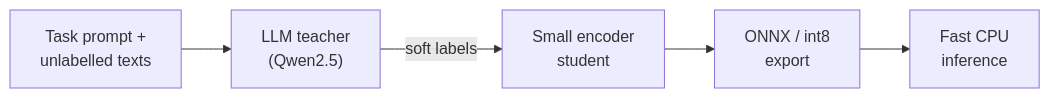
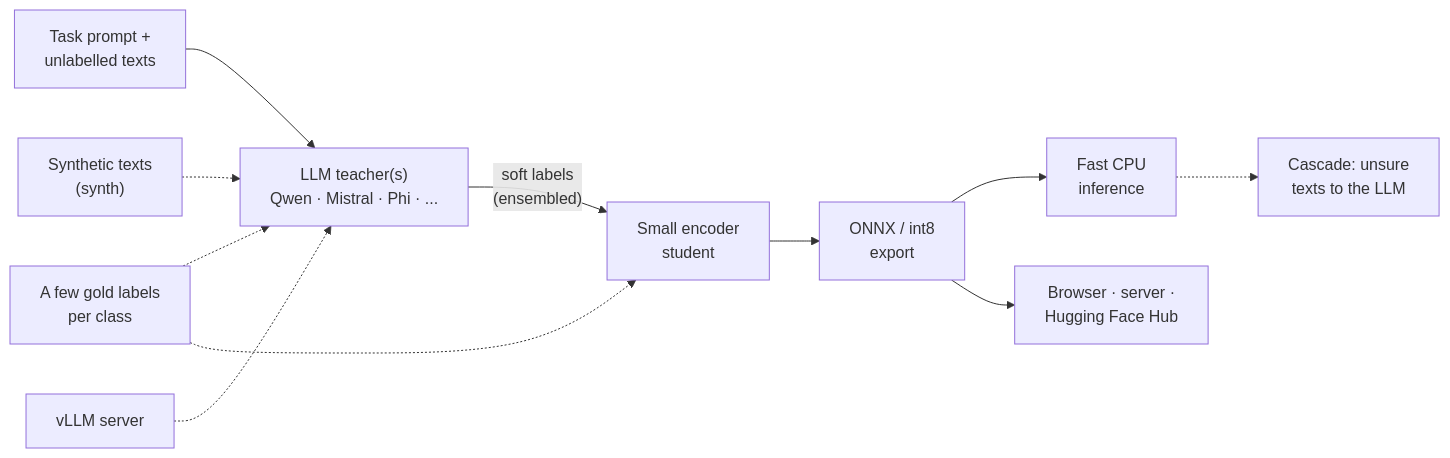
Before and after one commit to Andreas-Hum/tinydistill: the diagram in README.md, drawn with Mermaid. The commit also changed other lines of this file and 22 other files, not shown here.

First line of the commit message:
0.3.0 results for Banking77, financial tweets and GoEmotions; README diagram

````diff
--- a/README.md
+++ b/README.md
@@ -12,7 +12,13 @@
 ```mermaid
 flowchart LR
-    A["Task prompt +<br/>unlabelled texts"] --> B["LLM teacher<br/>(Qwen2.5)"]
-    B -- "soft labels" --> C["Small encoder<br/>student"]
+    A["Task prompt +<br/>unlabelled texts"] --> B["LLM teacher(s)<br/>Qwen · Mistral · Phi · ..."]
+    S["Synthetic texts<br/>(synth)"] -.-> B
+    V["vLLM server"] -.-> B
+    K["A few gold labels<br/>per class"] -.-> B
+    K -.-> C
+    B -- "soft labels<br/>(ensembled)" --> C["Small encoder<br/>student"]
     C --> D["ONNX / int8<br/>export"]
     D --> E["Fast CPU<br/>inference"]
+    D --> W["Browser · server ·<br/>Hugging Face Hub"]
+    E -.-> F["Cascade: unsure<br/>texts to the LLM"]
 ```
````
